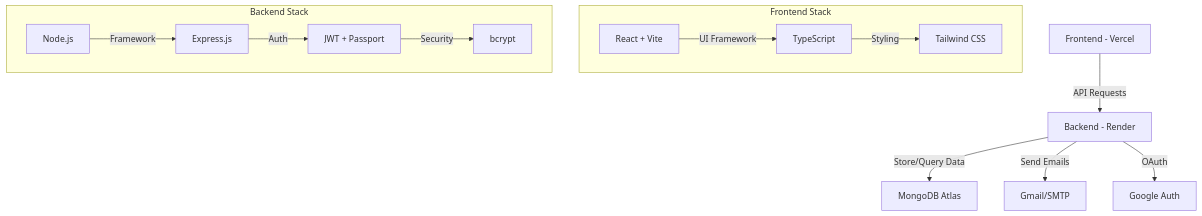
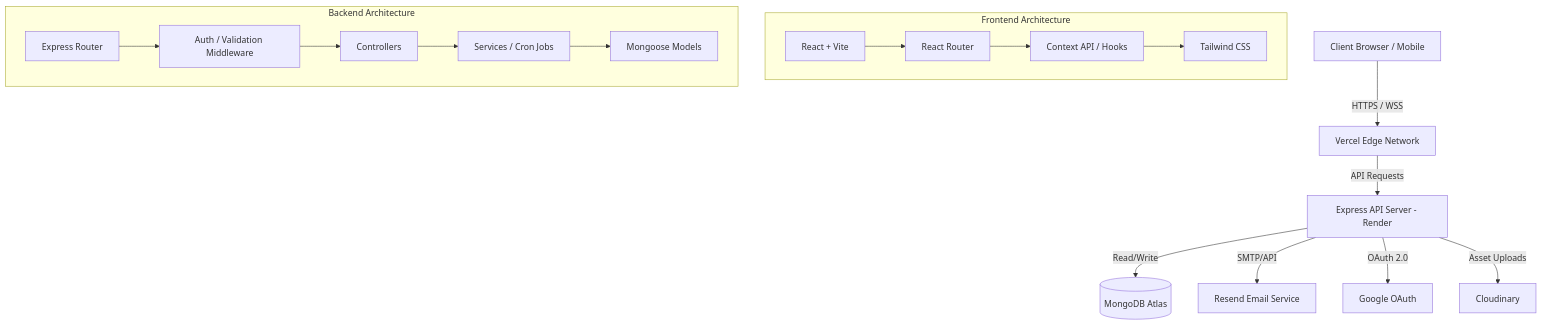
The first of 4 diagrams in README.md (Veraawell-development/Veraawell), drawn with Mermaid before and after one commit. The commit also changed other lines of this file and 184 other files, not shown here.

Commit message:
chore: backend optimizations, cleanup, and email update and major chnages in both server and frontend

````diff
--- a/README.md
+++ b/README.md
@@ -17,18 +23,23 @@
 ```mermaid
 graph TD
-    A[Frontend - Vercel] -->|API Requests| B[Backend - Render]
-    B -->|Store/Query Data| C[MongoDB Atlas]
-    B -->|Send Emails| D[Gmail/SMTP]
-    B -->|OAuth| E[Google Auth]
+    Client[Client Browser / Mobile] -->|HTTPS / WSS| CDN[Vercel Edge Network]
+    CDN -->|API Requests| API[Express API Server - Render]
     
-    subgraph Frontend Stack
-    A1[React + Vite] -->|UI Framework| A2[TypeScript]
-    A2 -->|Styling| A3[Tailwind CSS]
+    API -->|Read/Write| DB[(MongoDB Atlas)]
+    API -->|SMTP/API| Email[Resend Email Service]
+    API -->|OAuth 2.0| Auth[Google OAuth]
+    API -->|Asset Uploads| CDN2[Cloudinary]
+    
+    subgraph Frontend Architecture
+    UI[React + Vite] --> Router[React Router]
+    Router --> State[Context API / Hooks]
+    State --> Styling[Tailwind CSS]
     end
     
-    subgraph Backend Stack
-    B1[Node.js] -->|Framework| B2[Express.js]
-    B2 -->|Auth| B3[JWT + Passport]
-    B3 -->|Security| B4[bcrypt]
+    subgraph Backend Architecture
+    Route[Express Router] --> Middle[Auth / Validation Middleware]
+    Middle --> Controller[Controllers]
+    Controller --> Service[Services / Cron Jobs]
+    Service --> Model[Mongoose Models]
     end
 ```
````
